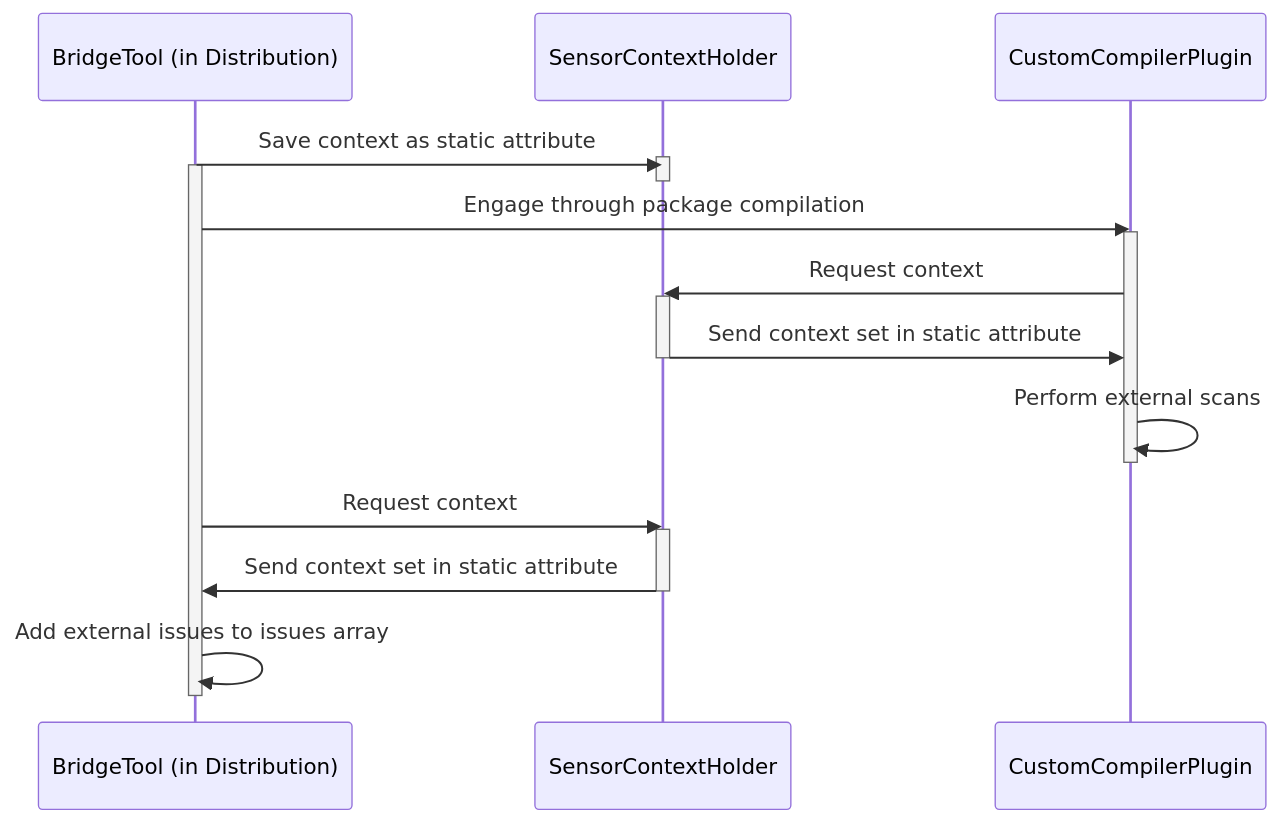
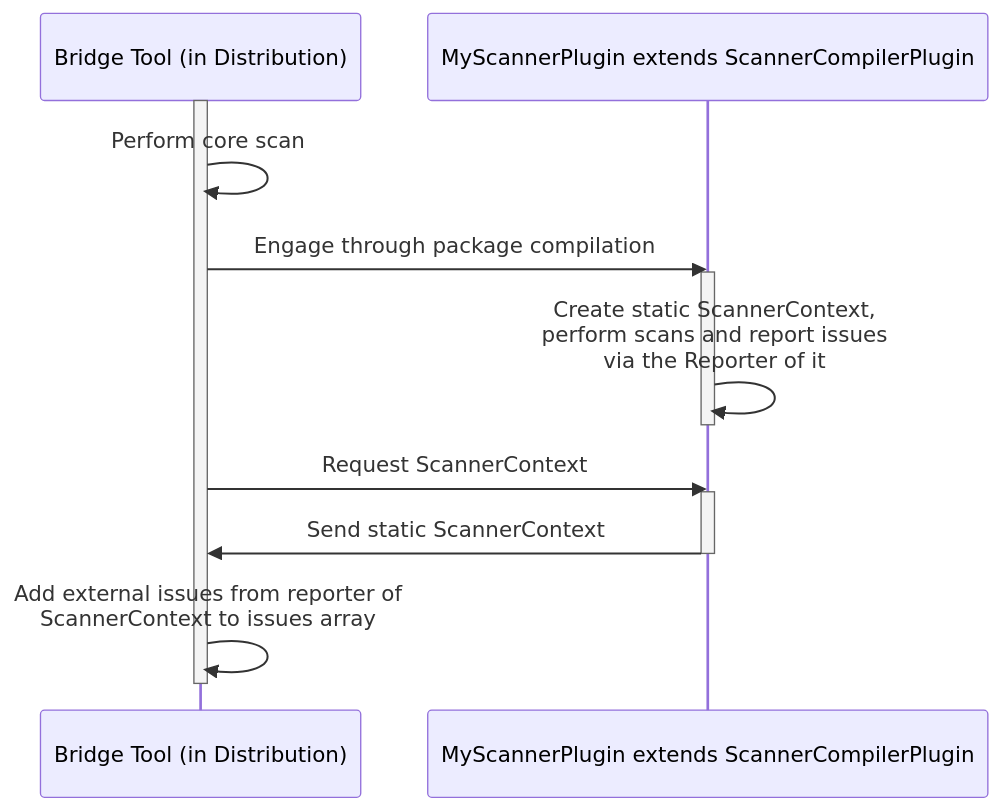
One commit to Xenowa/ballerina-tool-extension-methods changed the diagram in README.md. Above: the diagram before and after it, drawn with Mermaid. The commit also changed 15 other files, not shown here.

Commit message:
Update: Refactored architecture of the approach

````diff
--- a/README.md
+++ b/README.md
@@ -3,24 +3,17 @@
 ```mermaid
 sequenceDiagram
-    participant BridgeTool (in Distribution)
-    participant SensorContextHolder
-    participant CustomCompilerPlugin
-    BridgeTool (in Distribution) ->> SensorContextHolder: Save context as static attribute
-    activate BridgeTool (in Distribution)
-    activate SensorContextHolder
-    deactivate SensorContextHolder
-    BridgeTool (in Distribution) ->> CustomCompilerPlugin: Engage through package compilation
-    activate CustomCompilerPlugin
-    CustomCompilerPlugin ->> SensorContextHolder: Request context
-    activate SensorContextHolder
-    SensorContextHolder ->> CustomCompilerPlugin: Send context set in static attribute
-    deactivate SensorContextHolder
-    CustomCompilerPlugin ->> CustomCompilerPlugin: Perform external scans
-    deactivate CustomCompilerPlugin
-    BridgeTool (in Distribution) ->> SensorContextHolder: Request context
-    activate SensorContextHolder
-    SensorContextHolder ->> BridgeTool (in Distribution): Send context set in static attribute
-    deactivate SensorContextHolder
-    BridgeTool (in Distribution) ->> BridgeTool (in Distribution): Add external issues to issues array
-    deactivate BridgeTool (in Distribution)
+    participant Bridge Tool (in Distribution)
+    participant MyScannerPlugin extends ScannerCompilerPlugin
+    activate Bridge Tool (in Distribution)
+    Bridge Tool (in Distribution) ->> Bridge Tool (in Distribution): Perform core scan
+    Bridge Tool (in Distribution) ->> MyScannerPlugin extends ScannerCompilerPlugin: Engage through package compilation
+    activate MyScannerPlugin extends ScannerCompilerPlugin
+    MyScannerPlugin extends ScannerCompilerPlugin ->> MyScannerPlugin extends ScannerCompilerPlugin: Create static ScannerContext, <br> perform scans and report issues <br> via the Reporter of it
+    deactivate MyScannerPlugin extends ScannerCompilerPlugin
+    Bridge Tool (in Distribution) ->> MyScannerPlugin extends ScannerCompilerPlugin: Request ScannerContext
+    activate MyScannerPlugin extends ScannerCompilerPlugin
+    MyScannerPlugin extends ScannerCompilerPlugin ->> Bridge Tool (in Distribution): Send static ScannerContext
+    deactivate MyScannerPlugin extends ScannerCompilerPlugin
+    Bridge Tool (in Distribution) ->> Bridge Tool (in Distribution): Add external issues from reporter of <br> ScannerContext to issues array
+    deactivate Bridge Tool (in Distribution)
 ```
````
